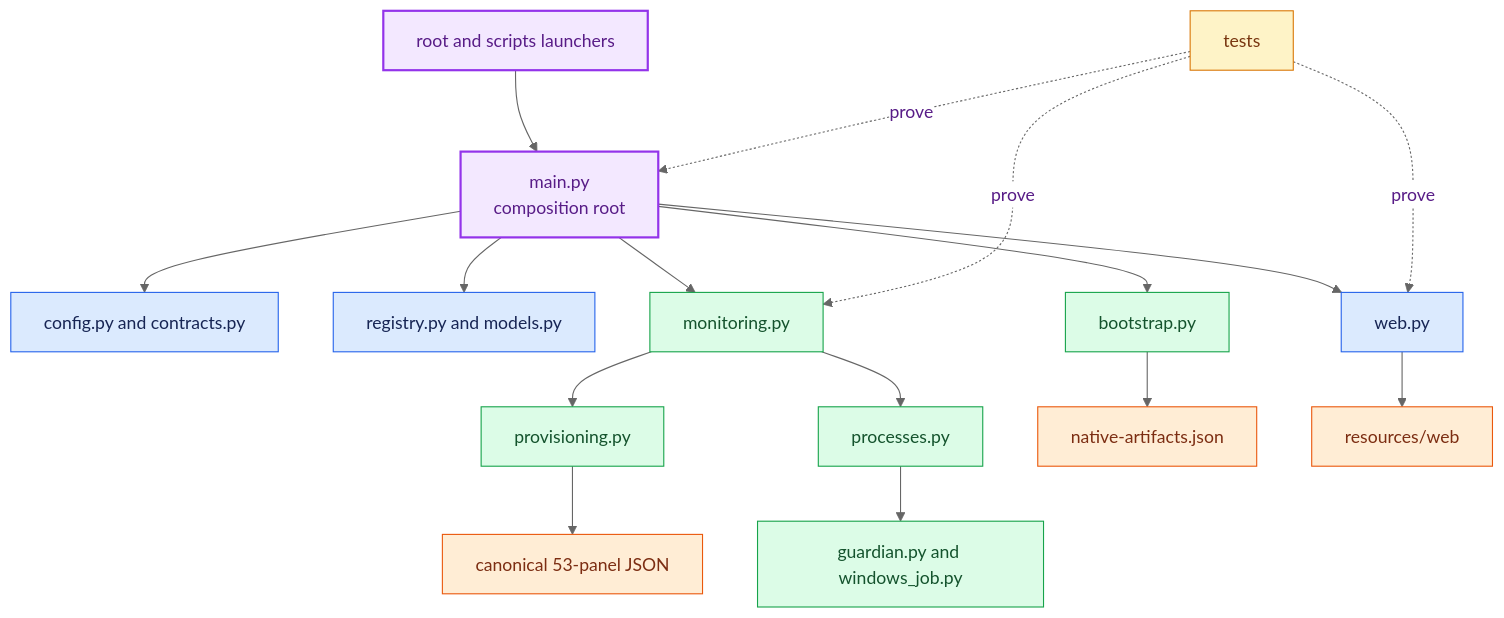
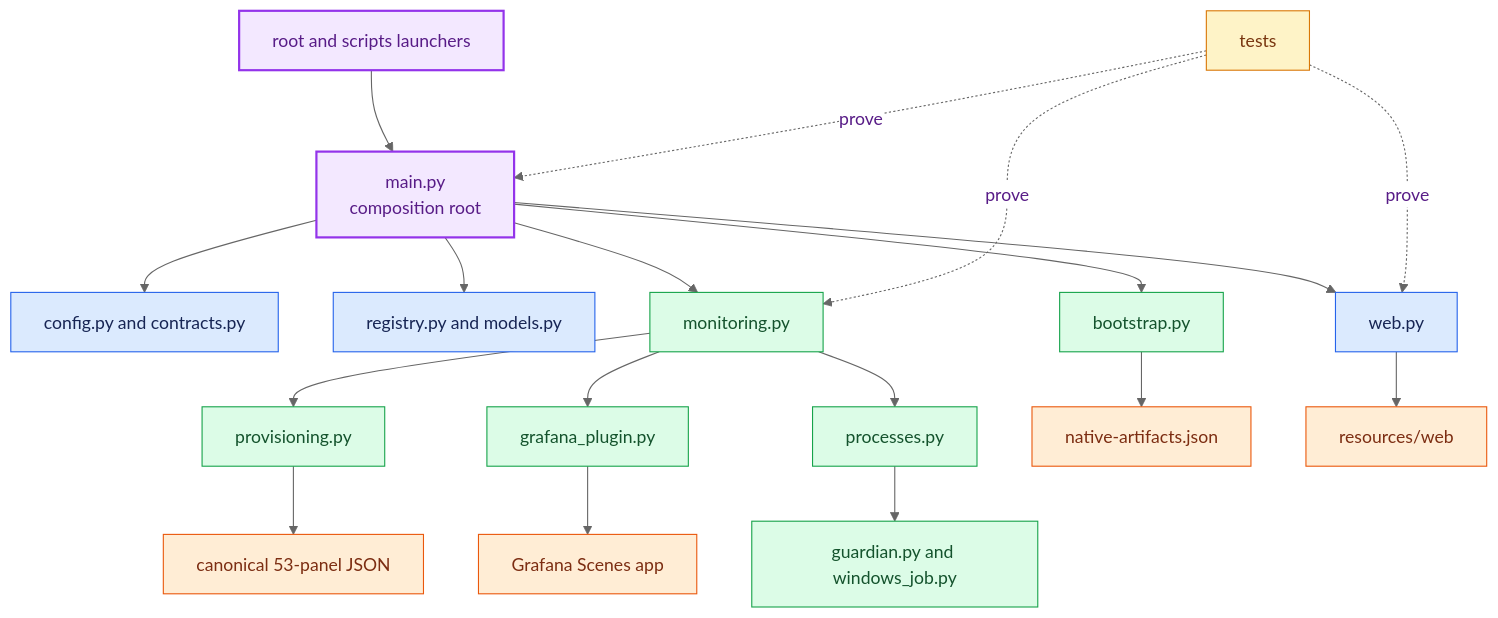
The first of 2 diagrams in docs/DEVELOPMENT.md (kmgowda/sbk-dashboard), drawn with Mermaid (neutral theme) before and after one commit. The commit also changed other lines of this file and 51 other files, not shown here.

````diff
--- a/docs/DEVELOPMENT.md
+++ b/docs/DEVELOPMENT.md
@@ -19,29 +19,31 @@
 ```mermaid
 flowchart TB
     Entry[main.py<br/>composition root] --> Config[config.py and contracts.py]
     Entry --> Registry[registry.py and models.py]
     Entry --> Stack[monitoring.py]
     Entry --> Web[web.py]
     Stack --> Provision[provisioning.py]
+    Stack --> PluginInstall[grafana_plugin.py]
+    PluginInstall --> Plugin[Grafana Scenes app]
     Stack --> Process[processes.py]
     Process --> Guardian[guardian.py and windows_job.py]
     Entry --> Bootstrap[bootstrap.py]
     Bootstrap --> Manifest[native-artifacts.json]
     Web --> Assets[resources/web]
     Provision --> Canonical[canonical 53-panel JSON]
     Launchers[root and scripts launchers] --> Entry
     Tests[tests] -. prove .-> Entry
     Tests -. prove .-> Stack
     Tests -. prove .-> Web
 
     classDef root fill:#f3e8ff,stroke:#9333ea,color:#581c87,stroke-width:2px;
     classDef policy fill:#dbeafe,stroke:#2563eb,color:#172554;
     classDef runtime fill:#dcfce7,stroke:#16a34a,color:#14532d;
     classDef artifact fill:#ffedd5,stroke:#ea580c,color:#7c2d12;
     classDef test fill:#fef3c7,stroke:#d97706,color:#78350f;
     class Entry,Launchers root;
     class Config,Registry,Web policy;
-    class Stack,Provision,Process,Guardian,Bootstrap runtime;
-    class Manifest,Assets,Canonical artifact;
+    class Stack,Provision,PluginInstall,Process,Guardian,Bootstrap runtime;
+    class Manifest,Assets,Canonical,Plugin artifact;
     class Tests test;
 ```
````
